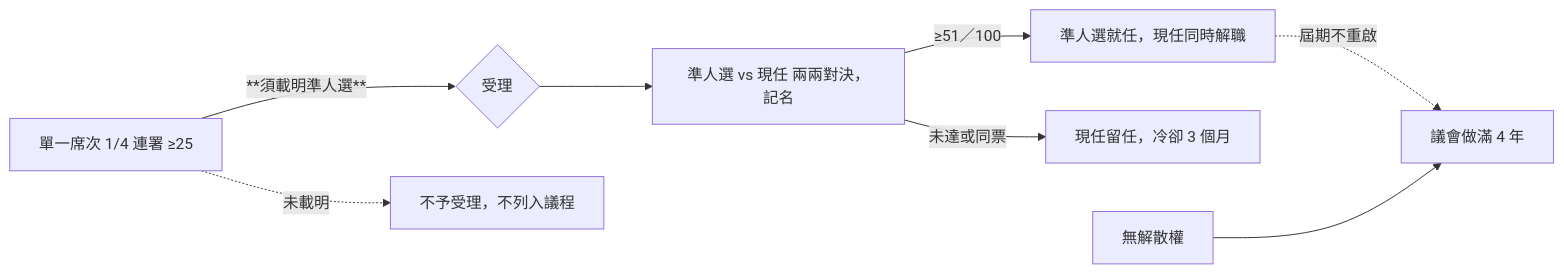
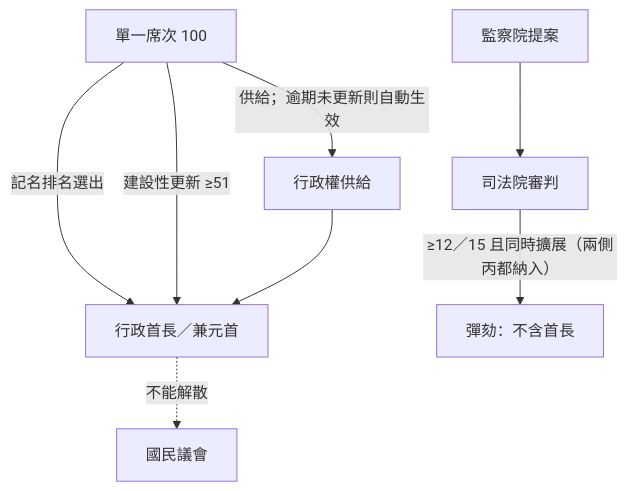
One commit to IRonROOT578/Political-Economy-Research-Public changed the third of 10 diagrams in topics/regime-designs/designs/台灣/一院議會制/憲政架構圖.md. Above: the diagram before and after it, drawn with Mermaid. The commit also changed other lines of this file and 128 other files, not shown here.

````diff
--- a/topics/regime-designs/designs/台灣/一院議會制/憲政架構圖.md
+++ b/topics/regime-designs/designs/台灣/一院議會制/憲政架構圖.md
@@ -43,10 +41,10 @@
 ```mermaid
-flowchart LR
-  Sign[單一席次 1/4 連署 ≥25] -->|**須載明準人選**| Recv{受理}
-  Sign -.->|未載明| Reject[不予受理，不列入議程]
-  Recv --> Duel[準人選 vs 現任 兩兩對決，記名]
-  Duel -->|≥51／100| New[準人選就任，現任同時解職]
-  Duel -->|未達或同票| Stay[現任留任，冷卻 3 個月]
-  New -.->|屆期不重啟| NA[議會做滿 4 年]
-  NoDis[無解散權] --> NA
+flowchart TD
+  Chief[行政首長／兼元首] -.->|不能解散| NA[國民議會]
+  SMD[單一席次 100] -->|記名排名選出| Chief
+  SMD -->|建設性更新 ≥51| Chief
+  SMD -->|供給；逾期未更新則自動生效| Supply[行政權供給]
+  Supply --> Chief
+  S[監察院提案] --> J[司法院審判]
+  J -->|≥12／15 且同時擴展（兩側丙都納入）| Impeach[彈劾：不含首長]
 ```
````
